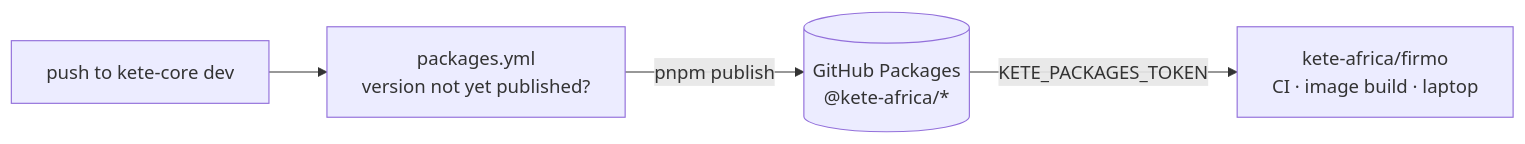
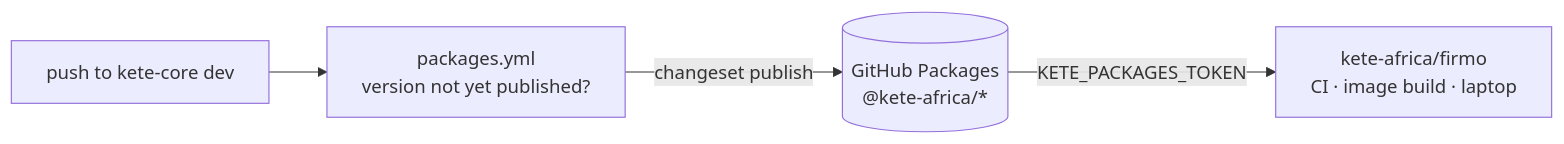
Before and after one commit to kete-africa/kete-core: the diagram in docs/decisions/0005-packages-are-published-on-github-packages.md, drawn with Mermaid. The commit also changed other lines of this file and 31 other files, not shown here.

````diff
--- a/docs/decisions/0005-packages-are-published-on-github-packages.md
+++ b/docs/decisions/0005-packages-are-published-on-github-packages.md
@@ -25,6 +35,6 @@
 ```mermaid
 flowchart LR
   dev["push to kete-core dev"] --> ci["packages.yml<br/>version not yet published?"]
-  ci -->|pnpm publish| reg[("GitHub Packages<br/>@kete-africa/*")]
+  ci -->|changeset publish| reg[("GitHub Packages<br/>@kete-africa/*")]
   reg -->|KETE_PACKAGES_TOKEN| app["kete-africa/firmo<br/>CI · image build · laptop"]
 ```
````
